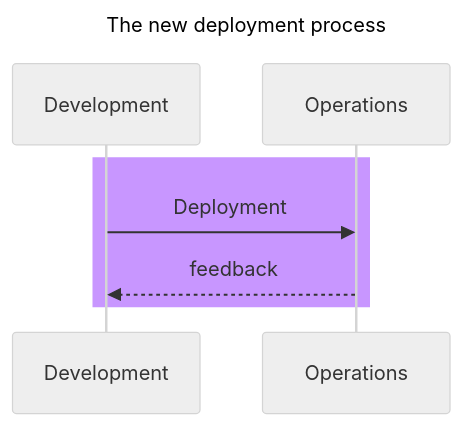
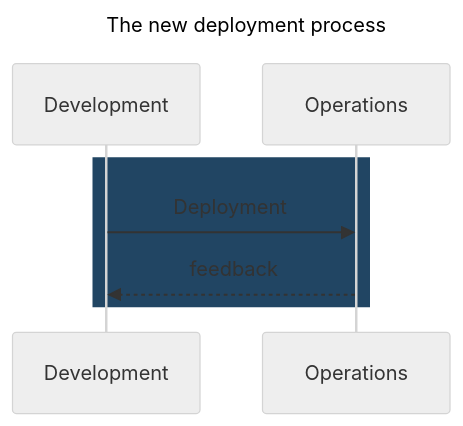
Before and after one commit to nepalsingh/cloud-training: the fifth of 6 diagrams in README.md, drawn with Mermaid (neutral theme).

Commit message:
Update flowchart

````diff
--- a/README.md
+++ b/README.md
@@ -912,12 +912,12 @@
 ```mermaid
 ---
 title: The new deployment process
 ---
 
 sequenceDiagram
-  rect rgb(200, 150, 255)
+  rect rgb(33, 69, 99)
     Development ->> Operations: Deployment
     Operations -->> Development: feedback
   end
 
 ```
````
